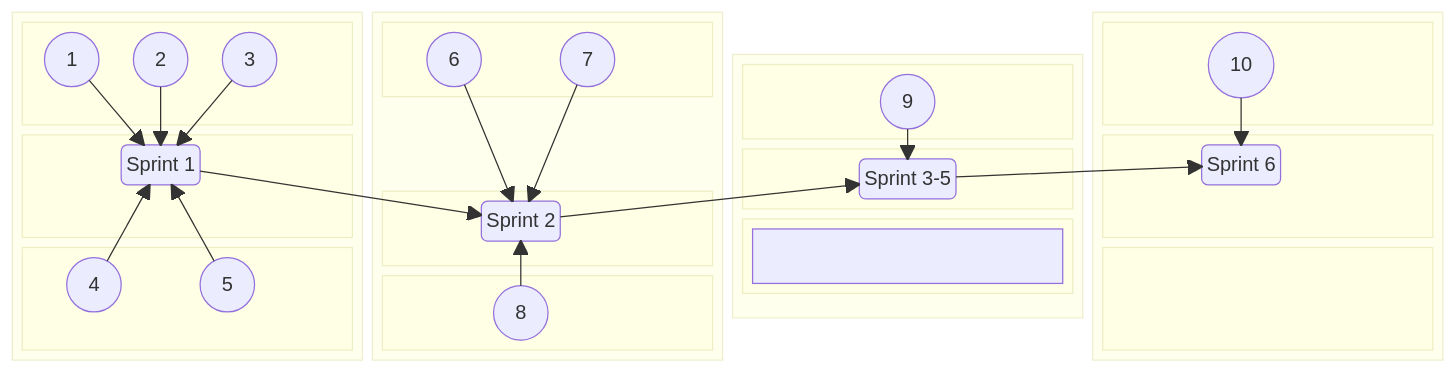
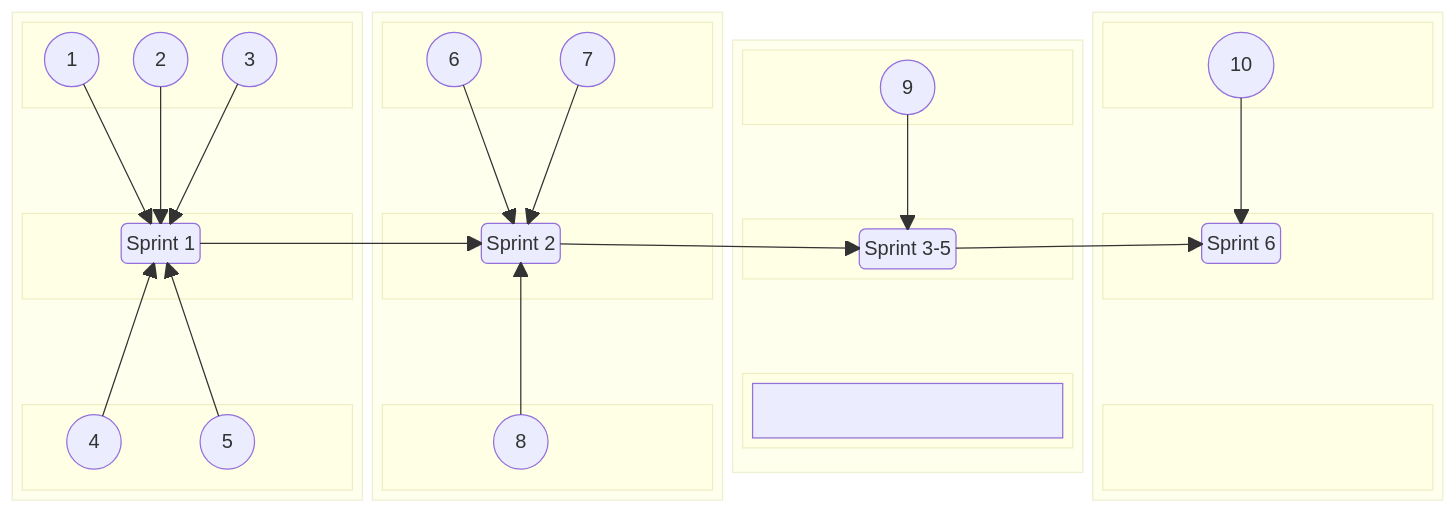
One commit to jdmedlock/mermaid_testing changed the second of 2 diagrams in README.md. Above: the diagram before and after it, drawn with Mermaid.

Commit message:
Feature: Add annotations to test layout

```diff
--- a/README.md
+++ b/README.md
@@ -97,12 +97,14 @@
         A2(("&nbsp;&nbsp; 2 &nbsp;&nbsp;"))
         A3(("&nbsp;&nbsp; 3 &nbsp;&nbsp;"))
       end
+      space
       block:B1CENTER
         columns 3
         space
         SPRINT1("Sprint 1")
         space
       end
+      space
       block:B1BOTTOM
         A4(("&nbsp;&nbsp; 4 &nbsp;&nbsp;"))
         A5(("&nbsp;&nbsp; 5 &nbsp;&nbsp;"))
@@ -127,6 +129,7 @@
         SPRINT2("Sprint 2")
         space
       end
+      space
       block:B2BOTTOM
         A8(("&nbsp;&nbsp; 8 &nbsp;&nbsp;"))
       end
@@ -140,12 +143,14 @@
       block:B3TOP
         A9(("&nbsp;&nbsp; 9 &nbsp;&nbsp;"))
       end
+      space
       block:B3CENTER
         columns 3
         space
         SPRINTS35("Sprint 3-5")
         space
       end
+      space
       block:B3BOTTOM
         &nbsp;
       end
@@ -157,12 +162,14 @@
       block:B4TOP
         A10(("&nbsp;&nbsp; 10 &nbsp;&nbsp;"))
       end
+      space
       block:B4CENTER
         columns 3
         space
         SPRINT6("Sprint 6")
         space
       end
+      space
       block:B4BOTTOM
         &nbsp;
       end
```
